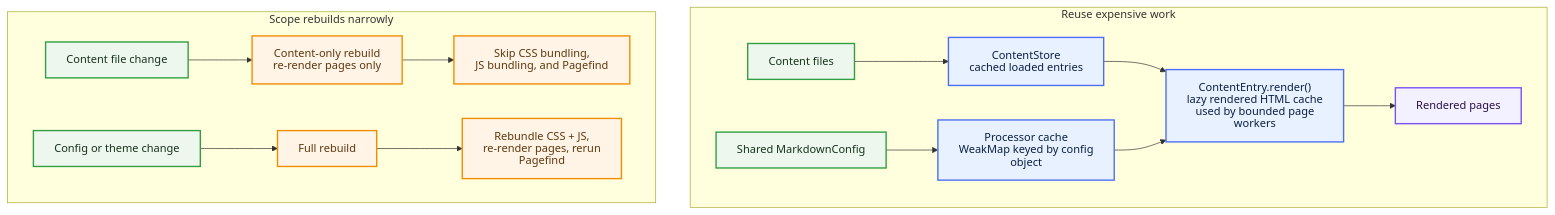
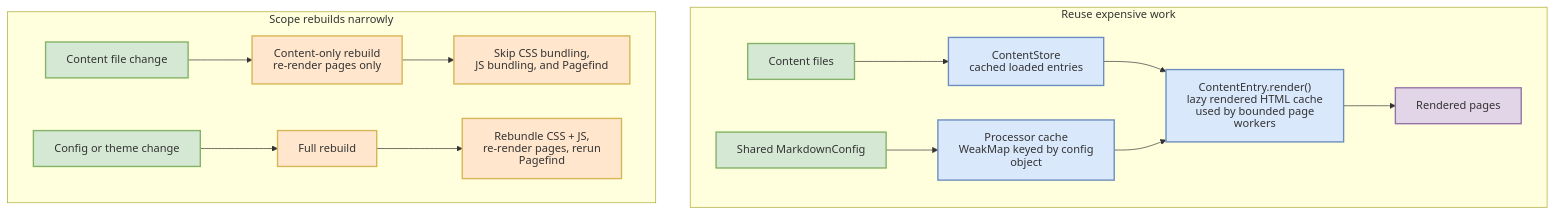
One commit to sujeet-pro/pagesmith changed the diagram in docs/content/reference/performance/diagrams/cache-and-rebuilds.mermaid. Above: the diagram before and after it, drawn with Mermaid. The commit also changed 148 other files, not shown here.

```diff
--- a/docs/content/reference/performance/diagrams/cache-and-rebuilds.mermaid
+++ b/docs/content/reference/performance/diagrams/cache-and-rebuilds.mermaid
@@ -1,41 +1,43 @@
+%% Diagram: Cache and rebuilds
+%% Type: flowchart
 %%{init: {'htmlLabels': false}}%%
 
 flowchart TB
-  classDef source fill:#eef7ee,stroke:#2f9e44,stroke-width:2px,color:#16331b
-  classDef cache fill:#e8f1ff,stroke:#4c6ef5,stroke-width:2px,color:#0b1f44
-  classDef build fill:#fff4e6,stroke:#f08c00,stroke-width:2px,color:#5f370e
-  classDef output fill:#f3f0ff,stroke:#7950f2,stroke-width:2px,color:#27104e
+  classDef source fill:#d5e8d4,stroke:#82b366,stroke-width:2px,color:#333333
+  classDef cache fill:#dae8fc,stroke:#6c8ebf,stroke-width:2px,color:#333333
+  classDef build fill:#ffe6cc,stroke:#d6b656,stroke-width:2px,color:#333333
+  classDef output fill:#e1d5e7,stroke:#9673a6,stroke-width:2px,color:#333333
 
   subgraph Reuse["Reuse expensive work"]
     Config["Shared MarkdownConfig"]
     Files["Content files"]
     Processor["Processor cache<br/>WeakMap keyed by config object"]
     Store["ContentStore<br/>cached loaded entries"]
     Render["ContentEntry.render()<br/>lazy rendered HTML cache<br/>used by bounded page workers"]
     Pages["Rendered pages"]
 
     Config --> Processor
     Files --> Store
     Store --> Render
     Processor --> Render
     Render --> Pages
   end
 
   subgraph Rebuilds["Scope rebuilds narrowly"]
     ContentChange["Content file change"]
     ConfigChange["Config or theme change"]
     ContentOnly["Content-only rebuild<br/>re-render pages only"]
     Full["Full rebuild"]
     Skip["Skip CSS bundling,<br/>JS bundling, and Pagefind"]
     Rebundle["Rebundle CSS + JS,<br/>re-render pages, rerun Pagefind"]
 
     ContentChange --> ContentOnly
     ContentOnly --> Skip
     ConfigChange --> Full
     Full --> Rebundle
   end
 
   class Config,Files,ContentChange,ConfigChange source
   class Processor,Store,Render cache
   class ContentOnly,Full,Skip,Rebundle build
   class Pages output
```
